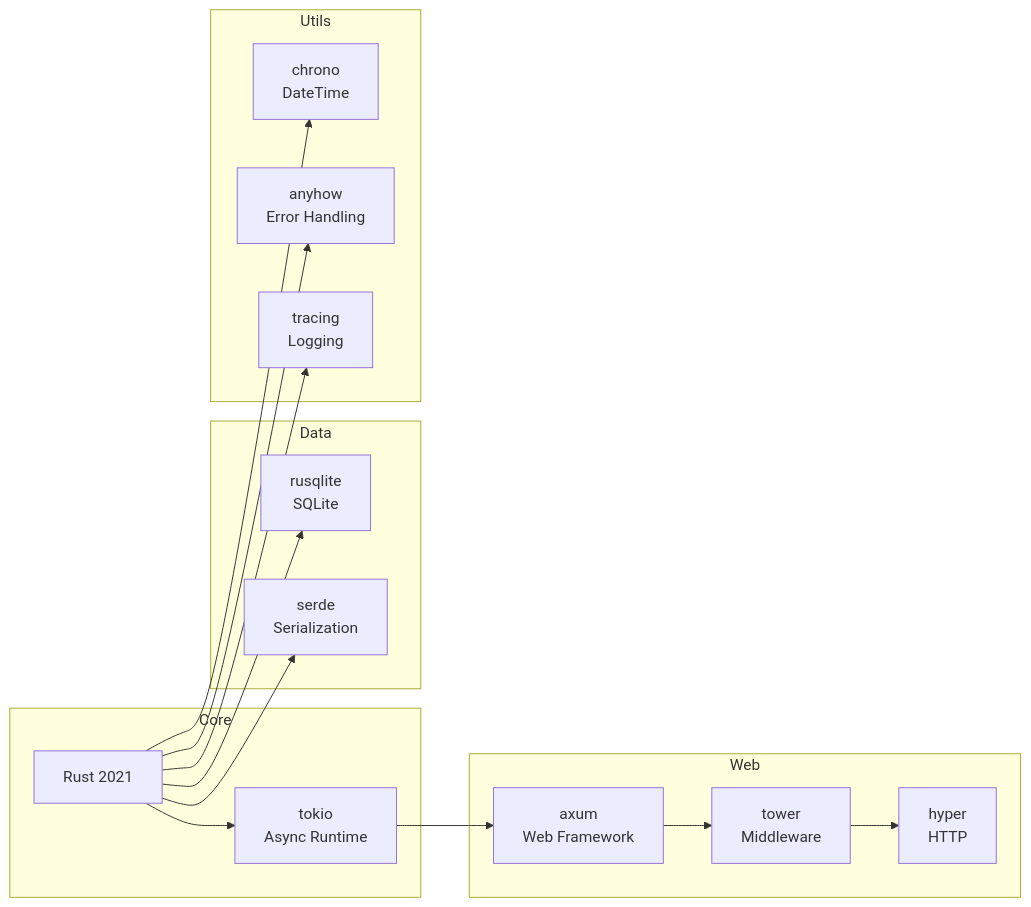
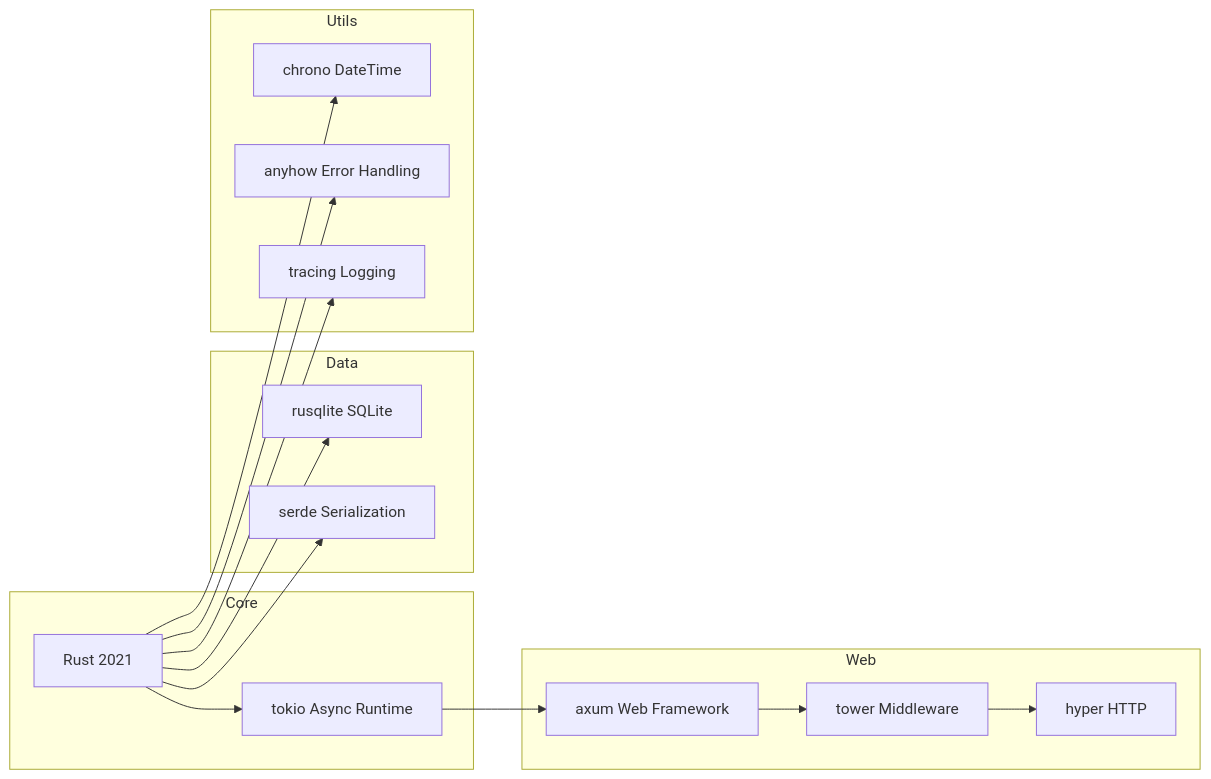
The eighth of 11 diagrams in wiki/Architecture-Overview.md (softwarewrighter/overall), drawn with Mermaid before and after one commit. The commit also changed other lines of this file and 4 other files, not shown here.

First line of the commit message:
Fix wiki Mermaid diagrams: remove <br/> tags

````diff
--- a/wiki/Architecture-Overview.md
+++ b/wiki/Architecture-Overview.md
@@ -366,35 +366,35 @@
 ```mermaid
 graph LR
     subgraph "Core"
         Rust[Rust 2021]
-        Tokio[tokio<br/>Async Runtime]
+        Tokio[tokio Async Runtime]
     end
 
     subgraph "Web"
-        Axum[axum<br/>Web Framework]
-        Tower[tower<br/>Middleware]
-        Hyper[hyper<br/>HTTP]
+        Axum[axum Web Framework]
+        Tower[tower Middleware]
+        Hyper[hyper HTTP]
     end
 
     subgraph "Data"
-        Rusqlite[rusqlite<br/>SQLite]
-        Serde[serde<br/>Serialization]
+        Rusqlite[rusqlite SQLite]
+        Serde[serde Serialization]
     end
 
     subgraph "Utils"
-        Chrono[chrono<br/>DateTime]
-        Anyhow[anyhow<br/>Error Handling]
-        Tracing[tracing<br/>Logging]
+        Chrono[chrono DateTime]
+        Anyhow[anyhow Error Handling]
+        Tracing[tracing Logging]
     end
 
     Rust --> Tokio
     Tokio --> Axum
     Axum --> Tower
     Tower --> Hyper
 
     Rust --> Rusqlite
     Rust --> Serde
     Rust --> Chrono
     Rust --> Anyhow
     Rust --> Tracing
 ```
````
